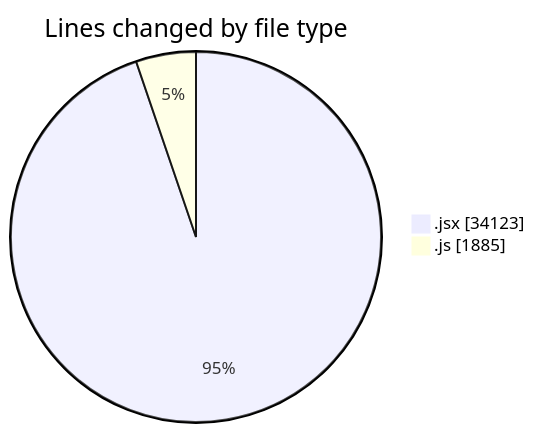
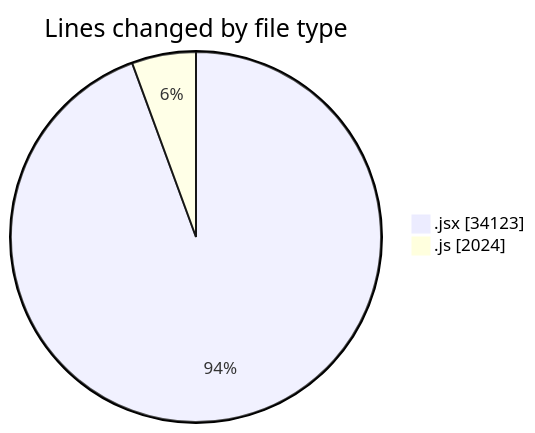
Before and after one commit to nxtqubesakshisongat/code-tracking: the first of 2 diagrams in 2025-09-29/nxtqube_webapp/README.md, drawn with Mermaid. The commit also changed other lines of this file and 1 other file, not shown here.

````diff
--- a/2025-09-29/nxtqube_webapp/README.md
+++ b/2025-09-29/nxtqube_webapp/README.md
@@ -22,6 +22,6 @@
 ```mermaid
 pie showData
 title Lines changed by file type
 ".jsx" : 34123
-".js" : 1885
+".js" : 2024
 ```
````
